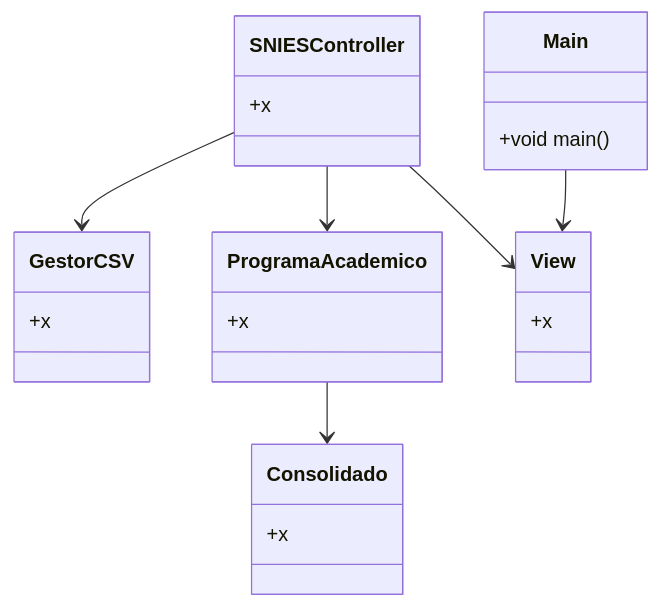
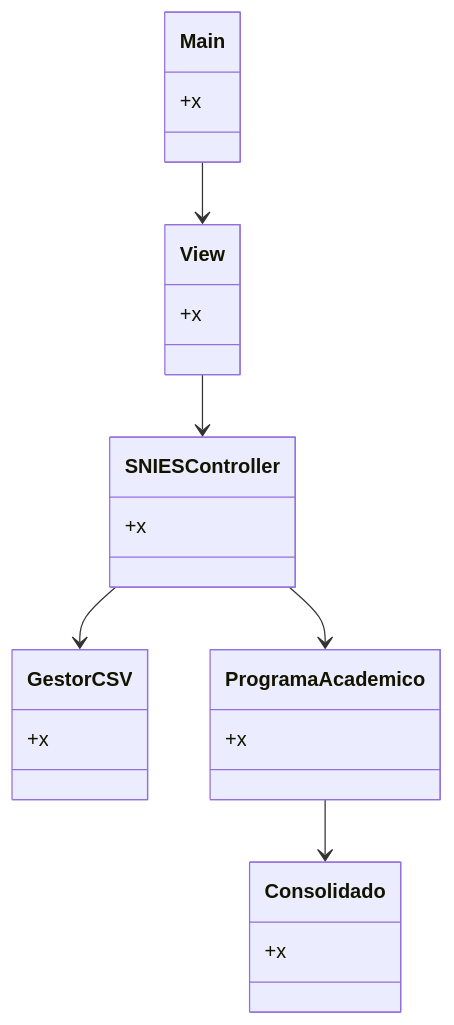
The diagram in prueba.mmd (dacru0605/hola), drawn with Mermaid before and after one commit.

```diff
--- a/prueba.mmd
+++ b/prueba.mmd
@@ -1,30 +1,30 @@
 classDiagram
     class Main {
-        +void main()
+        +x
     }
 
     class SNIESController {
         +x
     }
 
     class GestorCSV {
         +x
     }
 
     class ProgramaAcademico {
         +x
     }
 
     class Consolidado {
         +x
     }
 
     class View {
         +x
     }
 
     Main --> View
     SNIESController --> GestorCSV
     SNIESController --> ProgramaAcademico
     ProgramaAcademico --> Consolidado
-    SNIESController --> View
+    View --> SNIESController
```
